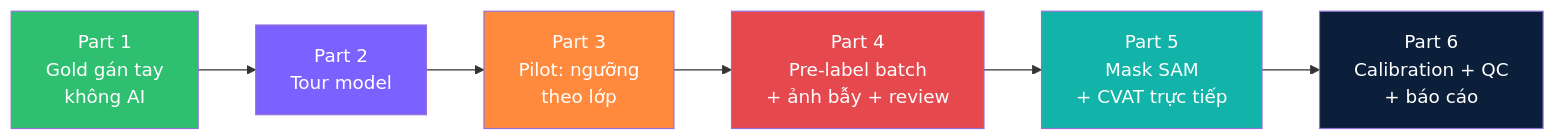
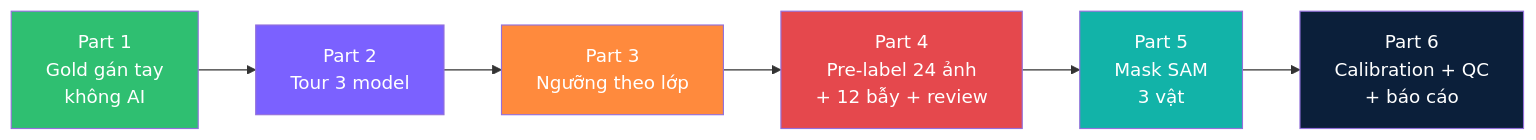
The diagram in README.md (trungsangle123-glitch/K5-L23-DAY08-2A202603125-LeTrungSang-AIPrelabel), drawn with Mermaid before and after one commit. The commit also changed other lines of this file and 38 other files, not shown here.

Commit message:
Rút gọn thành bài 4 giờ: cài đặt làm trước, 3 model, gold 4 ảnh, review 24 ảnh + 12 bẫy, mask SAM 3 vật, REPORT gộp; phần nặng chuyển sang ADVANCED.md

````diff
--- a/README.md
+++ b/README.md
@@ -36,14 +36,14 @@
 ```mermaid
 flowchart LR
-  A[Part 1<br/>Gold gán tay<br/>không AI] --> B[Part 2<br/>Tour model]
-  B --> C[Part 3<br/>Pilot: ngưỡng<br/>theo lớp]
-  C --> D[Part 4<br/>Pre-label batch<br/>+ ảnh bẫy + review]
-  D --> E[Part 5<br/>Mask SAM<br/>+ CVAT trực tiếp]
+  A[Part 1<br/>Gold gán tay<br/>không AI] --> B[Part 2<br/>Tour 3 model]
+  B --> C[Part 3<br/>Ngưỡng theo lớp]
+  C --> D[Part 4<br/>Pre-label 24 ảnh<br/>+ 12 bẫy + review]
+  D --> E[Part 5<br/>Mask SAM<br/>3 vật]
   E --> F[Part 6<br/>Calibration + QC<br/>+ báo cáo]
   style A fill:#2fbf71,color:#fff
   style B fill:#7b61ff,color:#fff
   style C fill:#ff8a3d,color:#fff
   style D fill:#e5484d,color:#fff
   style E fill:#12b3a8,color:#fff
   style F fill:#0b1f3a,color:#fff
 ```
````
